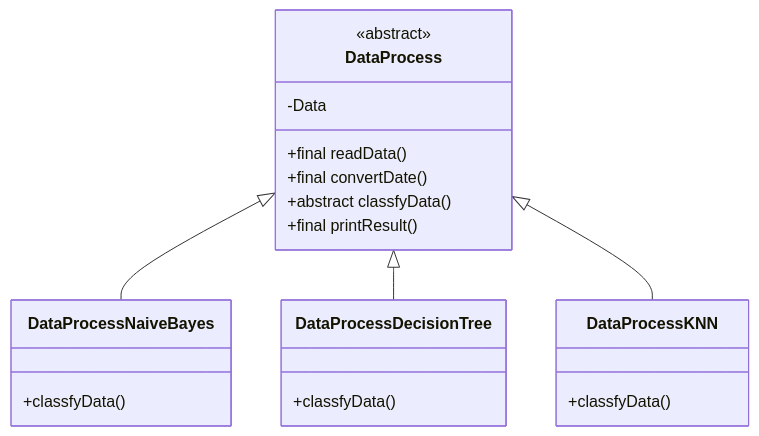
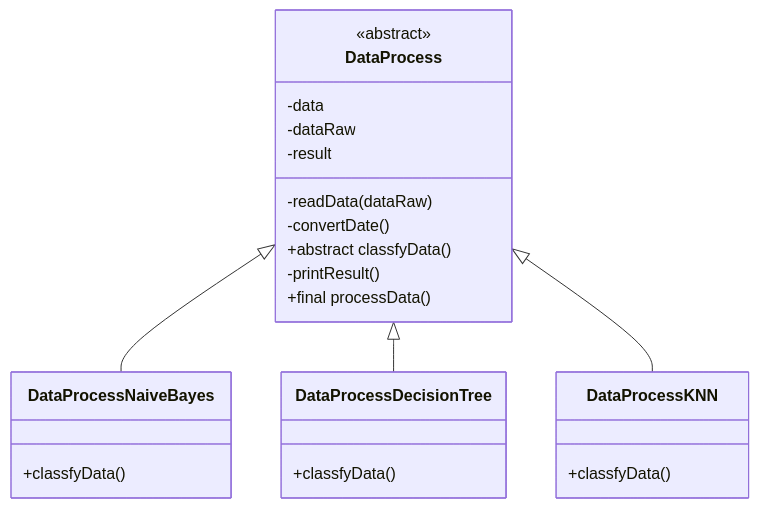
One commit to zltyrzshy/designModeLab changed the fourth of 4 diagrams in src/main/java/org/shan/lab2/resources/DesignMode_Lab2.md. Above: the diagram before and after it, drawn with Mermaid. The commit also changed 5 other files, not shown here.

````diff
--- a/src/main/java/org/shan/lab2/resources/DesignMode_Lab2.md
+++ b/src/main/java/org/shan/lab2/resources/DesignMode_Lab2.md
@@ -120,28 +120,31 @@
 ```mermaid
 classDiagram
 DataProcess <|-- DataProcessNaiveBayes
 DataProcess <|-- DataProcessDecisionTree
 DataProcess <|-- DataProcessKNN
 
 class DataProcess{
 <<abstract>>
--Data
+-data
+-dataRaw
+-result
 
-+final readData()
-+final convertDate()
+-readData(dataRaw)
+-convertDate()
 +abstract classfyData()
-+final printResult()
+-printResult()
++final processData()
 }
 
 class DataProcessNaiveBayes{
 +classfyData()
 }
 
 class DataProcessDecisionTree{
 +classfyData()
 }
 
 class DataProcessKNN{
 +classfyData()
 }
 ```
````
